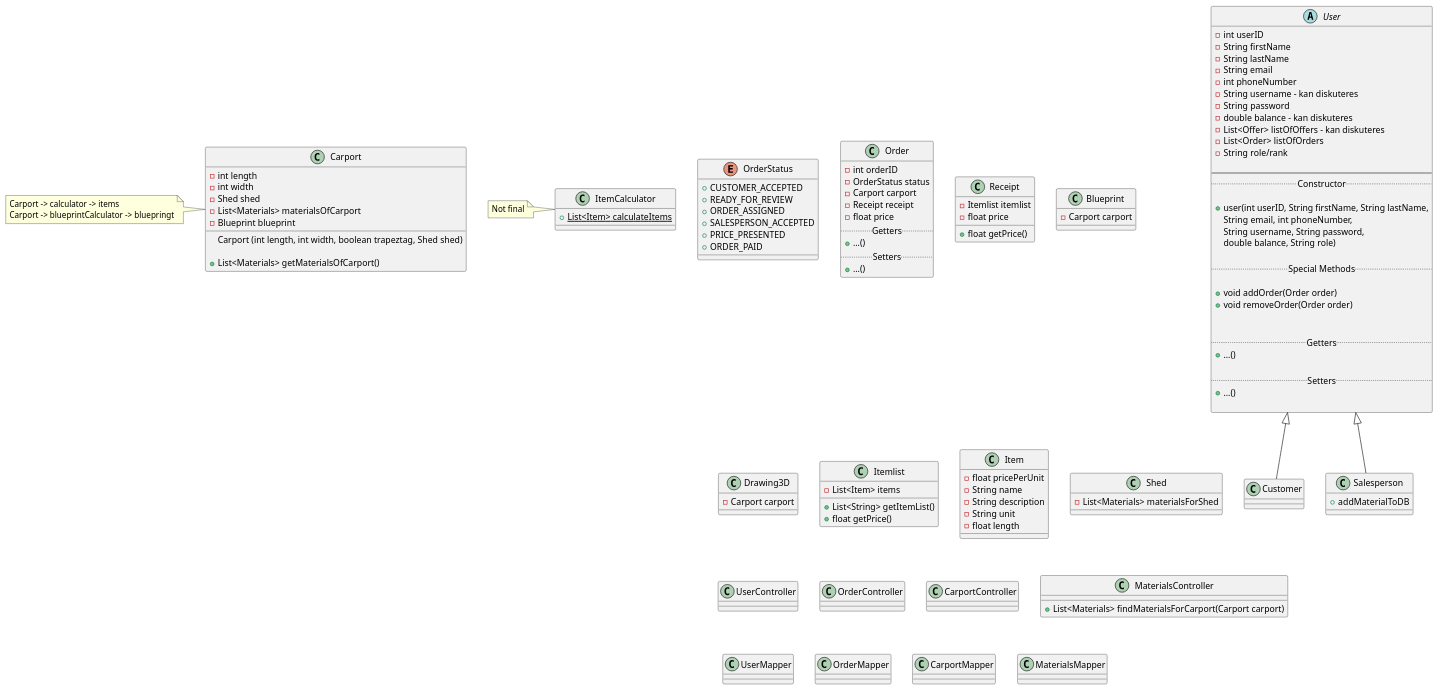
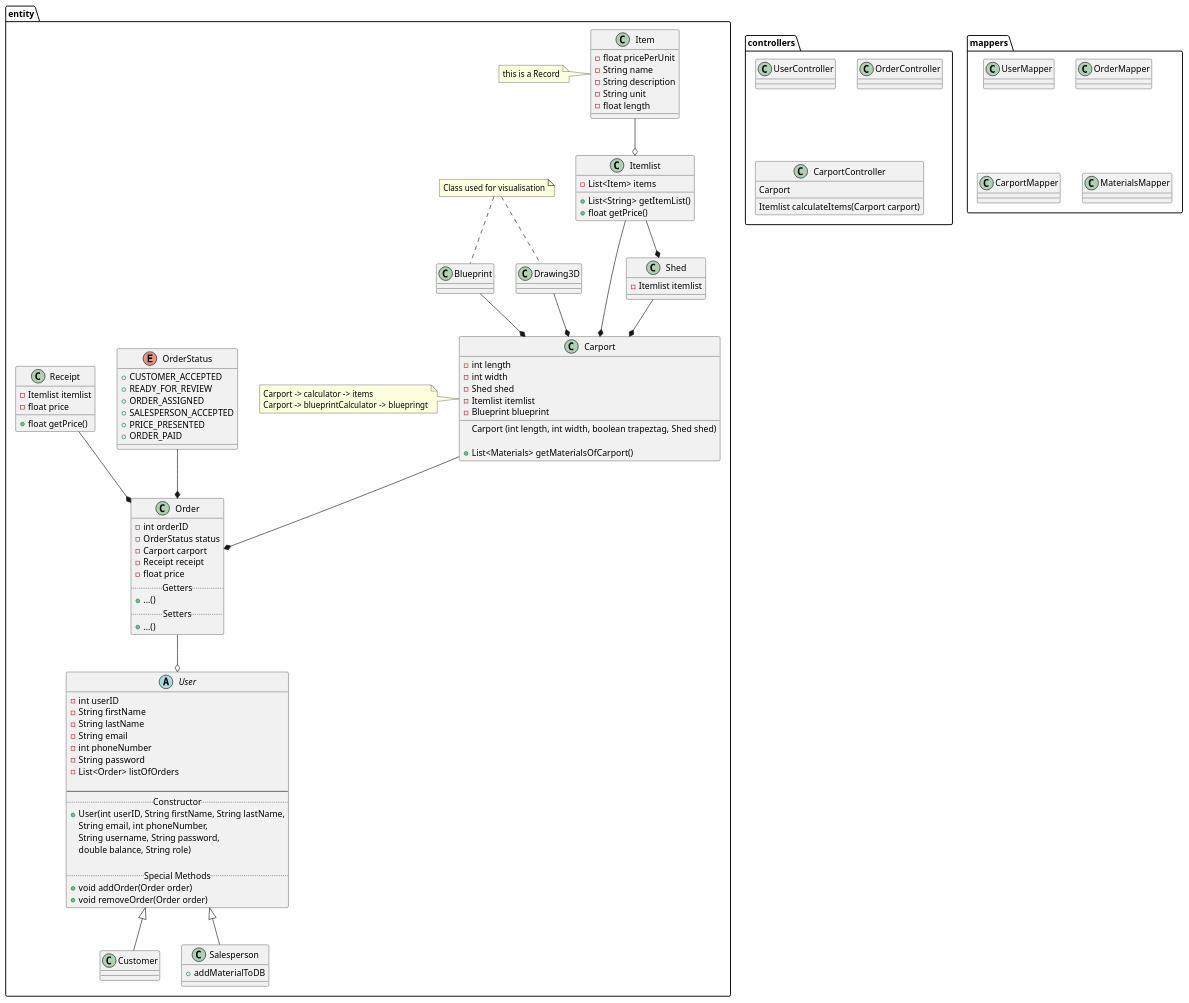
The diagram in doc/Analyse/PlantUML/KlasseDiagram.puml (Laumh-exe/2SemEksamenOpgave), drawn with PlantUML before and after one commit.

Commit message:
Update klassediagram

```diff
--- a/doc/Analyse/PlantUML/KlasseDiagram.puml
+++ b/doc/Analyse/PlantUML/KlasseDiagram.puml
@@ -1,154 +1,136 @@
 @startuml
 'https://plantuml.com/class-diagram
 
-abstract User{
-    - int userID
-    - String firstName
-    - String lastName
-    - String email
-    - int phoneNumber
-    - String username - kan diskuteres
-    - String password
-    - double balance - kan diskuteres
-    - List<Offer> listOfOffers - kan diskuteres
-    - List<Order> listOfOrders
-    - String role/rank
 
-    --
-    ..Constructor..
+package "entity" {
+    abstract User{
+        - int userID
+        - String firstName
+        - String lastName
+        - String email
+        - int phoneNumber
+        - String password
+        - List<Order> listOfOrders
 
-    + user(int userID, String firstName, String lastName,
-    String email, int phoneNumber,
-    String username, String password,
-    double balance, String role)
+        --
+        ..Constructor..
+        + User(int userID, String firstName, String lastName,
+        String email, int phoneNumber,
+        String username, String password,
+        double balance, String role)
 
-    ..Special Methods..
+        ..Special Methods..
+        + void addOrder(Order order)
+        + void removeOrder(Order order)
+    }
 
-    + void addOrder(Order order)
-    + void removeOrder(Order order)
+    class Customer extends User {
+    }
 
+    class Salesperson extends User {
+        + addMaterialToDB
+    }
 
-    ..Getters..
-    + ...()
+    Enum OrderStatus {
+        + CUSTOMER_ACCEPTED
+        + READY_FOR_REVIEW
+        + ORDER_ASSIGNED
+        + SALESPERSON_ACCEPTED
+        + PRICE_PRESENTED
+        + ORDER_PAID
+    }
 
-    ..Setters..
-    + ...()
+    class Order {
+        - int orderID
+        - OrderStatus status
+        - Carport carport
+        - Receipt receipt
+        - float price
+        ..Getters..
+        + ...()
+        ..Setters..
+        + ...()
+    }
+    class Receipt {
+        - Itemlist itemlist
+        - float price
+        + float getPrice()
+    }
+    /'class Receipt'/
+    class Carport {
+        - int length
+        - int width
+        - Shed shed
+        - Itemlist itemlist
+        - Blueprint blueprint
+        Carport (int length, int width, boolean trapeztag, Shed shed)
 
+        + List<Materials> getMaterialsOfCarport()
+    }
+    note left: Carport -> calculator -> items \nCarport -> blueprintCalculator -> bluepringt
+
+    class Blueprint {
+    }
+
+    note "Class used for visualisation" as n1
+
+    class Drawing3D{
+    }
+    n1 .. Drawing3D
+    n1 .. Blueprint
+
+    class Itemlist{
+        - List<Item> items
+        + List<String> getItemList()
+        + float getPrice()
+    }
+
+    class Item {
+        - float pricePerUnit
+        - String name
+        - String description
+        - String unit
+        - float length
+    }
+    note left: this is a Record
+
+    class Shed {
+        - Itemlist itemlist
+    }
 }
 
-class Customer extends User {
-
+package "controllers" {
+    class UserController {}
+    class OrderController
+    class CarportController {
+        Carport
+        Itemlist calculateItems(Carport carport)
+    }
 }
 
-
-class Salesperson extends User {
-
-
-    + addMaterialToDB
-
+package "mappers" {
+    class UserMapper
+    class OrderMapper
+    class CarportMapper
+    class MaterialsMapper
 }
 
-Enum OrderStatus {
-    + CUSTOMER_ACCEPTED
-    + READY_FOR_REVIEW
-    + ORDER_ASSIGNED
-    + SALESPERSON_ACCEPTED
-    + PRICE_PRESENTED
-    + ORDER_PAID
-}
-
-class Order {
-    - int orderID
-    - OrderStatus status
-    - Carport carport
-    - Receipt receipt
-    - float price
-    ..Getters..
-    + ...()
-    ..Setters..
-    + ...()
-}
-class Receipt {
-    - Itemlist itemlist
-    - float price
-    + float getPrice()
-}
-/'class Receipt'/
-class Carport {
-
-    - int length
-    - int width
-    - Shed shed
-    - List<Materials> materialsOfCarport
-    - Blueprint blueprint
-    Carport (int length, int width, boolean trapeztag, Shed shed)
-
-    + List<Materials> getMaterialsOfCarport()
-
-
-}
-note left: Carport -> calculator -> items \nCarport -> blueprintCalculator -> bluepringt
-
-
-class Blueprint {
-    - Carport carport
-}
-
-class Drawing3D{
-
-    - Carport carport
-}
-
-class Itemlist{
-    - List<Item> items
-    + List<String> getItemList()
-    + float getPrice()
-}
-
-class Item {
-    - float pricePerUnit
-    - String name
-    - String description
-    - String unit
-    - float length
-}
-
-
-class Shed {
-    - List<Materials> materialsForShed
+/'Relations'/
+package "entity" {
+    Order --o User
+    OrderStatus --* Order
+    Carport --* Order
+    Shed --* Carport
+    Itemlist --* Shed
+    Itemlist --* Carport
+    Item --o Itemlist
+    Receipt --* Order
+    Blueprint --* Carport
+    Drawing3D --* Carport
 }
 
 
 
 
 
-class ItemCalculator {
-    + {static} List<Item> calculateItems
-
-}
-note left: Not final
-
-class UserController
-class OrderController
-class CarportController {
-
-
-}
-
-
-class MaterialsController{
-
-    + List<Materials> findMaterialsForCarport(Carport carport)
-    }
-
-class UserMapper
-class OrderMapper
-class CarportMapper
-class MaterialsMapper
-
-
-
-
-
-
 @enduml
```
